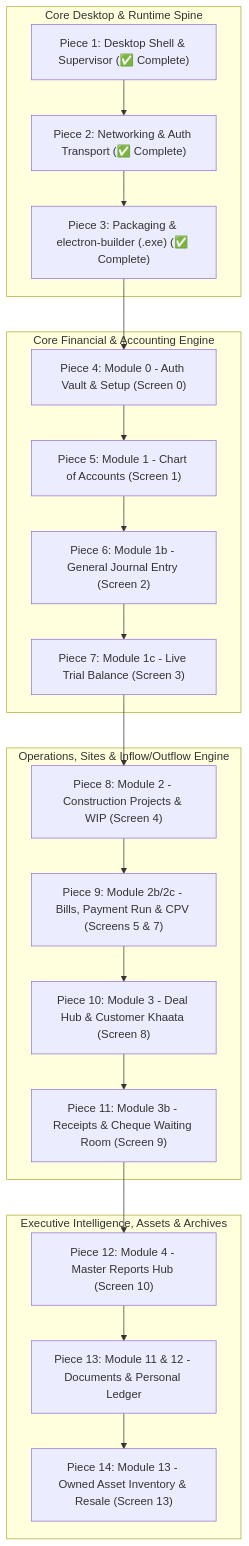
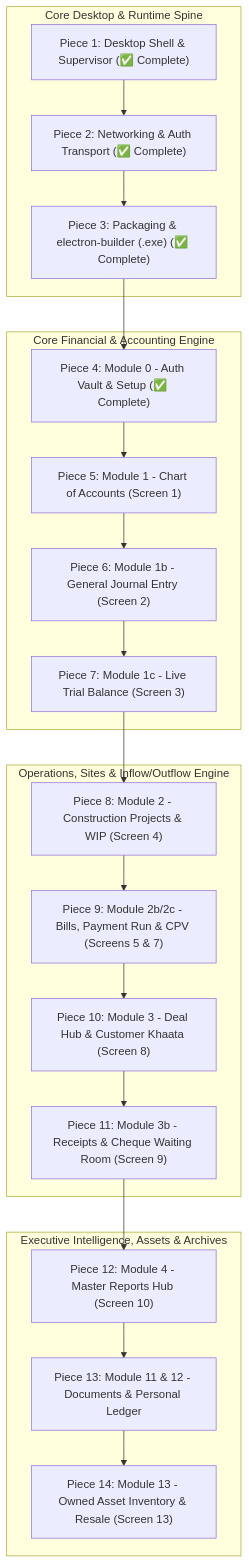
The diagram in Technical Documentation/ELECTRON_EXE_READINESS_AND_SYSTEM_AUDIT_PLAN.md (jalal1122/Wadaan-Real-Estate-And-Builder-ERP-System), drawn with Mermaid before and after one commit. The commit also changed other lines of this file and 2 other files, not shown here.

First line of the commit message:
feat(auth): harden local desktop cookie transport and verify auth vault security locks (piece 4)

````diff
--- a/Technical Documentation/ELECTRON_EXE_READINESS_AND_SYSTEM_AUDIT_PLAN.md
+++ b/Technical Documentation/ELECTRON_EXE_READINESS_AND_SYSTEM_AUDIT_PLAN.md
@@ -78,30 +78,30 @@
 ```mermaid
 graph TD
     subgraph "Core Desktop & Runtime Spine"
         P1["Piece 1: Desktop Shell & Supervisor (✅ Complete)"]
         P2["Piece 2: Networking & Auth Transport (✅ Complete)"]
         P3["Piece 3: Packaging & electron-builder (.exe) (✅ Complete)"]
     end
 
     subgraph "Core Financial & Accounting Engine"
-        P4["Piece 4: Module 0 - Auth Vault & Setup (Screen 0)"]
+        P4["Piece 4: Module 0 - Auth Vault & Setup (✅ Complete)"]
         P5["Piece 5: Module 1 - Chart of Accounts (Screen 1)"]
         P6["Piece 6: Module 1b - General Journal Entry (Screen 2)"]
         P7["Piece 7: Module 1c - Live Trial Balance (Screen 3)"]
     end
 
     subgraph "Operations, Sites & Inflow/Outflow Engine"
         P8["Piece 8: Module 2 - Construction Projects & WIP (Screen 4)"]
         P9["Piece 9: Module 2b/2c - Bills, Payment Run & CPV (Screens 5 & 7)"]
         P10["Piece 10: Module 3 - Deal Hub & Customer Khaata (Screen 8)"]
         P11["Piece 11: Module 3b - Receipts & Cheque Waiting Room (Screen 9)"]
     end
 
     subgraph "Executive Intelligence, Assets & Archives"
         P12["Piece 12: Module 4 - Master Reports Hub (Screen 10)"]
         P13["Piece 13: Module 11 & 12 - Documents & Personal Ledger"]
         P14["Piece 14: Module 13 - Owned Asset Inventory & Resale (Screen 13)"]
     end
 
     P1 --> P2 --> P3 --> P4 --> P5 --> P6 --> P7 --> P8 --> P9 --> P10 --> P11 --> P12 --> P13 --> P14
 ```
````
